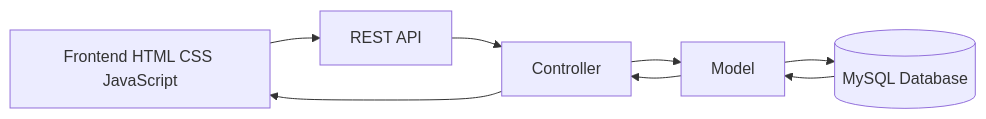
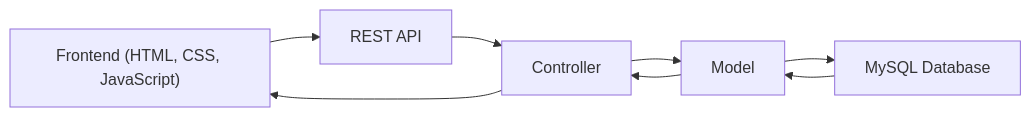
Before and after one commit to LwinKo-kun/SMS-MVC: the second of 5 diagrams in README.md, drawn with Mermaid. The commit also changed other lines of this file, not shown here.

Commit message:
ReadMe diagram rendering fixed

````diff
--- a/README.md
+++ b/README.md
@@ -42,16 +51,16 @@
 ```mermaid
 flowchart LR
 
-A[Frontend HTML CSS JavaScript]
---> B[REST API]
+A["Frontend (HTML, CSS, JavaScript)"]
+--> B["REST API"]
 
-B --> C[Controller]
+B --> C["Controller"]
 
-C --> D[Model]
+C --> D["Model"]
 
-D --> E[(MySQL Database)]
+D --> E["MySQL Database"]
 
 E --> D
 D --> C
 C --> A
 ```
````
